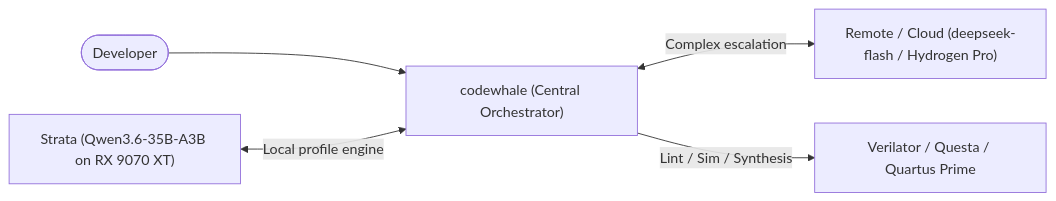
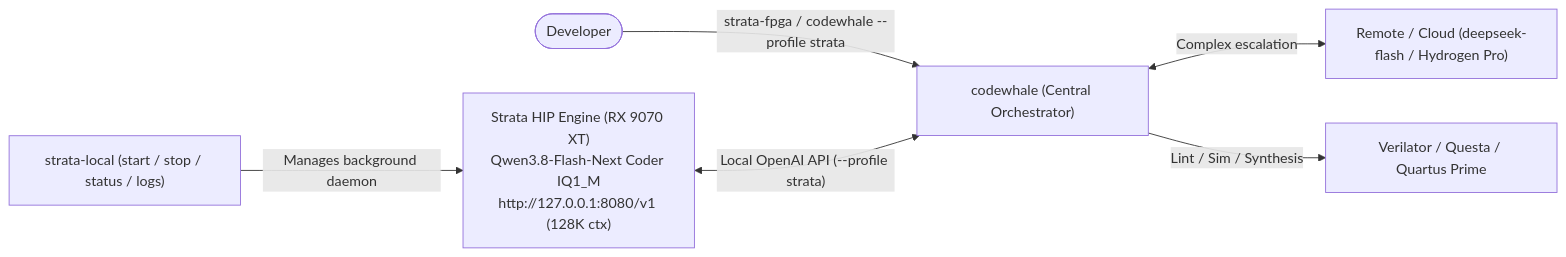
The diagram in README.md (DanimanX/9070FpgaIAWorkflow), drawn with Mermaid before and after one commit. The commit also changed other lines of this file and 2 other files, not shown here.

Commit message:
Update README, AGENTS, and workflow docs for Strata Coder IQ1_M setup

````diff
--- a/README.md
+++ b/README.md
@@ -24,7 +26,8 @@
 ```mermaid
 flowchart LR
-    Dev(["Developer"]) --> CW["codewhale (Central Orchestrator)"]
-    Strata["Strata (Qwen3.6-35B-A3B on RX 9070 XT)"] <-->|"Local profile engine"| CW
+    Dev(["Developer"]) -->|"strata-fpga / codewhale --profile strata"| CW["codewhale (Central Orchestrator)"]
+    Ctrl["strata-local (start / stop / status / logs)"] -->|"Manages background daemon"| Strata
+    Strata["Strata HIP Engine (RX 9070 XT)<br/>Qwen3.8-Flash-Next Coder IQ1_M<br/>http://127.0.0.1:8080/v1 (128K ctx)"] <-->|"Local OpenAI API (--profile strata)"| CW
     CW <-->|"Complex escalation"| Cloud["Remote / Cloud (deepseek-flash / Hydrogen Pro)"]
     CW -->|"Lint / Sim / Synthesis"| Tools["Verilator / Questa / Quartus Prime"]
 ```
````
